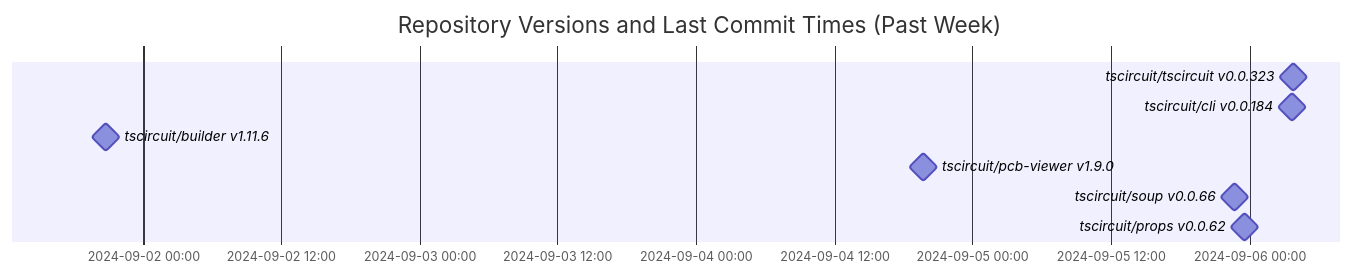
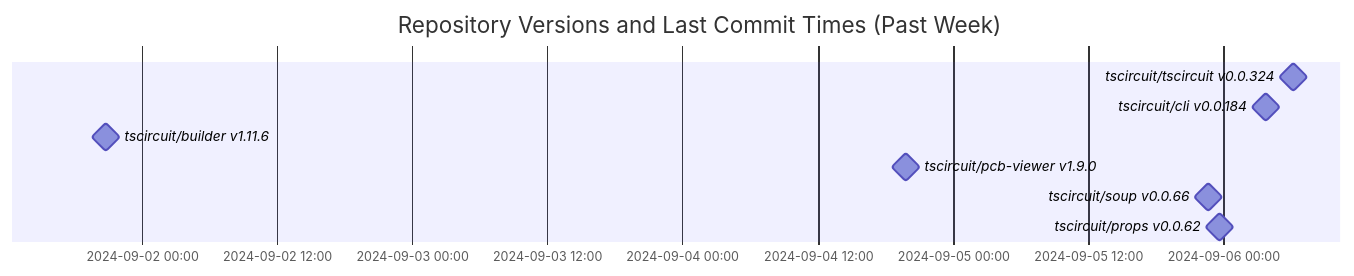
Before and after one commit to tscircuit/version-tracker: the diagram in README.md, drawn with Mermaid.

Commit message:
Update chart

````diff
--- a/README.md
+++ b/README.md
@@ -1,13 +1,13 @@
 ```mermaid
 gantt
   dateFormat  YYYY-MM-DD HH:mm:ss
   title Repository Versions and Last Commit Times (Past Week)
   axisFormat %Y-%m-%d %H:%M
 
-  tscircuit/tscircuit v0.0.323 : milestone, 2024-09-06 03:50:14, 1s
+  tscircuit/tscircuit v0.0.324 : milestone, 2024-09-06 06:12:12, 1s
   tscircuit/cli v0.0.184 : milestone, 2024-09-06 03:44:00, 1s
   tscircuit/builder v1.11.6 : milestone, 2024-09-01 20:47:46, 1s
   tscircuit/pcb-viewer v1.9.0 : milestone, 2024-09-04 19:45:38, 1s
   tscircuit/soup v0.0.66 : milestone, 2024-09-05 22:41:45, 1s
   tscircuit/props v0.0.62 : milestone, 2024-09-05 23:38:33, 1s
 ```
````
